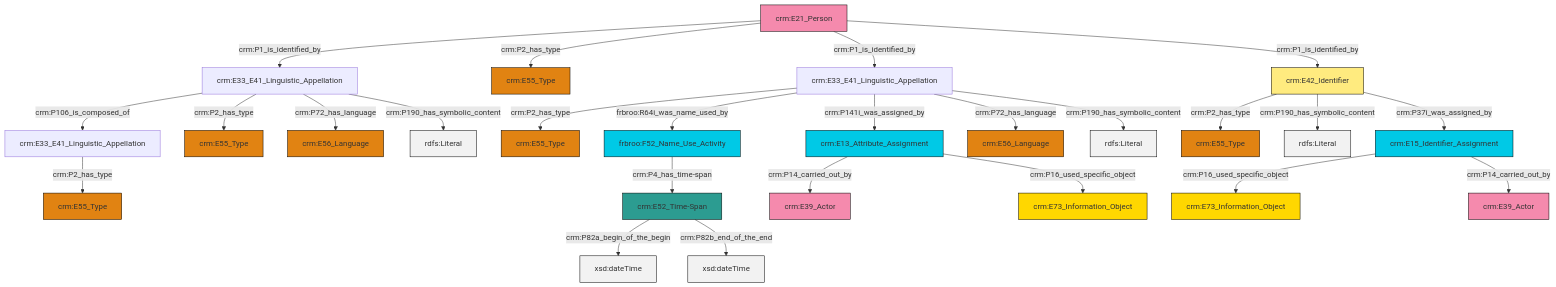
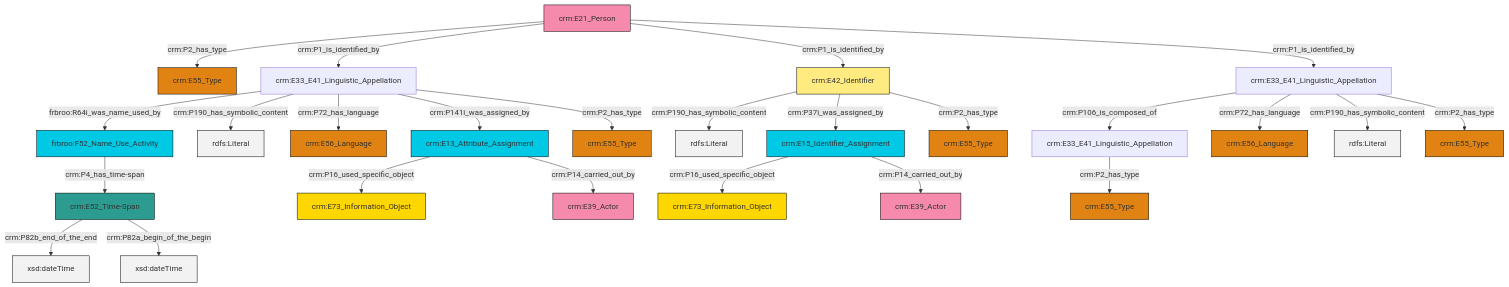
The diagram in et/personCSV/ttl/mmd/Person_Names_and_Classification.ttl.mmd (swiss-art-research-net/docs.swissartresearch), drawn with Mermaid before and after one commit. The commit also changed 176 other files, not shown here.

```diff
--- a/et/personCSV/ttl/mmd/Person_Names_and_Classification.ttl.mmd
+++ b/et/personCSV/ttl/mmd/Person_Names_and_Classification.ttl.mmd
@@ -1,39 +1,39 @@
 graph TD
 classDef Literal fill:#f2f2f2,stroke:#000000;
 classDef CRM_Entity fill:#FFFFFF,stroke:#000000;
 classDef Temporal_Entity fill:#00C9E6, stroke:#000000;
 classDef Type fill:#E18312, stroke:#000000;
 classDef Time-Span fill:#2C9C91, stroke:#000000;
 classDef Appellation fill:#FFEB7F, stroke:#000000;
 classDef Place fill:#008836, stroke:#000000;
 classDef Persistent_Item fill:#B266B2, stroke:#000000;
 classDef Conceptual_Object fill:#FFD700, stroke:#000000;
 classDef Physical_Thing fill:#D2B48C, stroke:#000000;
 classDef Actor fill:#f58aad, stroke:#000000;
 classDef PC_Classes fill:#4ce600, stroke:#000000;
 classDef Multi fill:#cccccc,stroke:#000000;
 
-0["frbroo:F52_Name_Use_Activity"]:::Temporal_Entity -->|crm:P4_has_time-span| 1["crm:E52_Time-Span"]:::Time-Span
-8["crm:E21_Person"]:::Actor -->|crm:P1_is_identified_by| 9["crm:E33_E41_Linguistic_Appellation"]:::Default
-10["crm:E42_Identifier"]:::Appellation -->|crm:P2_has_type| 11["crm:E55_Type"]:::Type
-9["crm:E33_E41_Linguistic_Appellation"]:::Default -->|crm:P106_is_composed_of| 14["crm:E33_E41_Linguistic_Appellation"]:::Default
-17["crm:E33_E41_Linguistic_Appellation"]:::Default -->|crm:P2_has_type| 12["crm:E55_Type"]:::Type
-17["crm:E33_E41_Linguistic_Appellation"]:::Default -->|frbroo:R64i_was_name_used_by| 0["frbroo:F52_Name_Use_Activity"]:::Temporal_Entity
-15["crm:E13_Attribute_Assignment"]:::Temporal_Entity -->|crm:P14_carried_out_by| 20["crm:E39_Actor"]:::Actor
-9["crm:E33_E41_Linguistic_Appellation"]:::Default -->|crm:P2_has_type| 18["crm:E55_Type"]:::Type
-15["crm:E13_Attribute_Assignment"]:::Temporal_Entity -->|crm:P16_used_specific_object| 21["crm:E73_Information_Object"]:::Conceptual_Object
-17["crm:E33_E41_Linguistic_Appellation"]:::Default -->|crm:P141i_was_assigned_by| 15["crm:E13_Attribute_Assignment"]:::Temporal_Entity
-17["crm:E33_E41_Linguistic_Appellation"]:::Default -->|crm:P72_has_language| 4["crm:E56_Language"]:::Type
-9["crm:E33_E41_Linguistic_Appellation"]:::Default -->|crm:P72_has_language| 2["crm:E56_Language"]:::Type
-1["crm:E52_Time-Span"]:::Time-Span -->|crm:P82a_begin_of_the_begin| 22[xsd:dateTime]:::Literal
-10["crm:E42_Identifier"]:::Appellation -->|crm:P190_has_symbolic_content| 26[rdfs:Literal]:::Literal
-8["crm:E21_Person"]:::Actor -->|crm:P2_has_type| 29["crm:E55_Type"]:::Type
-31["crm:E15_Identifier_Assignment"]:::Temporal_Entity -->|crm:P16_used_specific_object| 6["crm:E73_Information_Object"]:::Conceptual_Object
-17["crm:E33_E41_Linguistic_Appellation"]:::Default -->|crm:P190_has_symbolic_content| 33[rdfs:Literal]:::Literal
-1["crm:E52_Time-Span"]:::Time-Span -->|crm:P82b_end_of_the_end| 35[xsd:dateTime]:::Literal
-14["crm:E33_E41_Linguistic_Appellation"]:::Default -->|crm:P2_has_type| 24["crm:E55_Type"]:::Type
-8["crm:E21_Person"]:::Actor -->|crm:P1_is_identified_by| 17["crm:E33_E41_Linguistic_Appellation"]:::Default
-31["crm:E15_Identifier_Assignment"]:::Temporal_Entity -->|crm:P14_carried_out_by| 36["crm:E39_Actor"]:::Actor
-10["crm:E42_Identifier"]:::Appellation -->|crm:P37i_was_assigned_by| 31["crm:E15_Identifier_Assignment"]:::Temporal_Entity
-8["crm:E21_Person"]:::Actor -->|crm:P1_is_identified_by| 10["crm:E42_Identifier"]:::Appellation
-9["crm:E33_E41_Linguistic_Appellation"]:::Default -->|crm:P190_has_symbolic_content| 46[rdfs:Literal]:::Literal
+2["crm:E33_E41_Linguistic_Appellation"]:::Default -->|crm:P106_is_composed_of| 3["crm:E33_E41_Linguistic_Appellation"]:::Default
+6["frbroo:F52_Name_Use_Activity"]:::Temporal_Entity -->|crm:P4_has_time-span| 7["crm:E52_Time-Span"]:::Time-Span
+8["crm:E33_E41_Linguistic_Appellation"]:::Default -->|frbroo:R64i_was_name_used_by| 6["frbroo:F52_Name_Use_Activity"]:::Temporal_Entity
+0["crm:E21_Person"]:::Actor -->|crm:P2_has_type| 10["crm:E55_Type"]:::Type
+0["crm:E21_Person"]:::Actor -->|crm:P1_is_identified_by| 8["crm:E33_E41_Linguistic_Appellation"]:::Default
+4["crm:E13_Attribute_Assignment"]:::Temporal_Entity -->|crm:P16_used_specific_object| 13["crm:E73_Information_Object"]:::Conceptual_Object
+8["crm:E33_E41_Linguistic_Appellation"]:::Default -->|crm:P190_has_symbolic_content| 16[rdfs:Literal]:::Literal
+2["crm:E33_E41_Linguistic_Appellation"]:::Default -->|crm:P72_has_language| 17["crm:E56_Language"]:::Type
+2["crm:E33_E41_Linguistic_Appellation"]:::Default -->|crm:P190_has_symbolic_content| 18[rdfs:Literal]:::Literal
+19["crm:E42_Identifier"]:::Appellation -->|crm:P190_has_symbolic_content| 20[rdfs:Literal]:::Literal
+21["crm:E15_Identifier_Assignment"]:::Temporal_Entity -->|crm:P16_used_specific_object| 22["crm:E73_Information_Object"]:::Conceptual_Object
+7["crm:E52_Time-Span"]:::Time-Span -->|crm:P82b_end_of_the_end| 25[xsd:dateTime]:::Literal
+21["crm:E15_Identifier_Assignment"]:::Temporal_Entity -->|crm:P14_carried_out_by| 28["crm:E39_Actor"]:::Actor
+4["crm:E13_Attribute_Assignment"]:::Temporal_Entity -->|crm:P14_carried_out_by| 29["crm:E39_Actor"]:::Actor
+2["crm:E33_E41_Linguistic_Appellation"]:::Default -->|crm:P2_has_type| 26["crm:E55_Type"]:::Type
+8["crm:E33_E41_Linguistic_Appellation"]:::Default -->|crm:P72_has_language| 30["crm:E56_Language"]:::Type
+19["crm:E42_Identifier"]:::Appellation -->|crm:P37i_was_assigned_by| 21["crm:E15_Identifier_Assignment"]:::Temporal_Entity
+0["crm:E21_Person"]:::Actor -->|crm:P1_is_identified_by| 19["crm:E42_Identifier"]:::Appellation
+0["crm:E21_Person"]:::Actor -->|crm:P1_is_identified_by| 2["crm:E33_E41_Linguistic_Appellation"]:::Default
+7["crm:E52_Time-Span"]:::Time-Span -->|crm:P82a_begin_of_the_begin| 44[xsd:dateTime]:::Literal
+19["crm:E42_Identifier"]:::Appellation -->|crm:P2_has_type| 45["crm:E55_Type"]:::Type
+8["crm:E33_E41_Linguistic_Appellation"]:::Default -->|crm:P141i_was_assigned_by| 4["crm:E13_Attribute_Assignment"]:::Temporal_Entity
+3["crm:E33_E41_Linguistic_Appellation"]:::Default -->|crm:P2_has_type| 11["crm:E55_Type"]:::Type
+8["crm:E33_E41_Linguistic_Appellation"]:::Default -->|crm:P2_has_type| 36["crm:E55_Type"]:::Type
```
